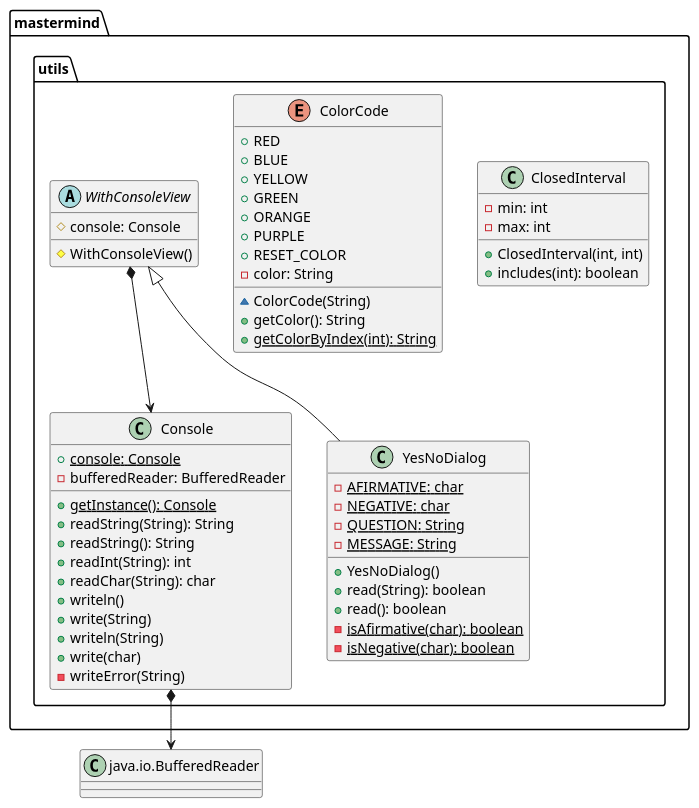
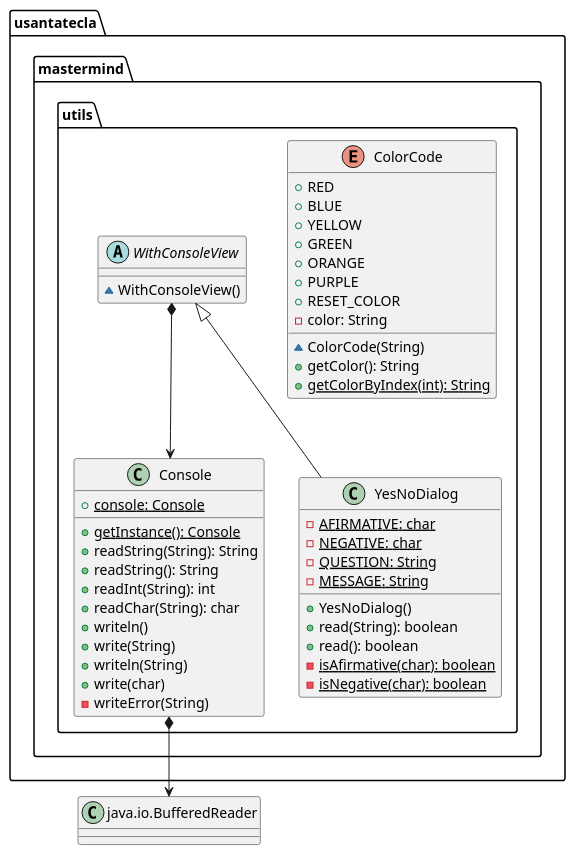
The sixth of 6 diagrams in documentView/withFactoryMethod/docs/diagrams/src/paquetes.plantuml (SantaTecla-mastermind/solution.java.swing.socket.sql), drawn with PlantUML before and after one commit. The commit also changed other lines of this file and 12 other files, not shown here.

Commit message:
DocumentView.WithFactoryMethod diagrams 2.0

```diff
--- a/documentView/withFactoryMethod/docs/diagrams/src/paquetes.plantuml
+++ b/documentView/withFactoryMethod/docs/diagrams/src/paquetes.plantuml
@@ -146,59 +367,50 @@
-@startuml mastermind.utils
+@startuml usantatecla.mastermind.utils
 class BufferedReader as "java.io.BufferedReader"{}
 
-class  mastermind.utils.ClosedInterval{
-- min: int
-- max: int
-+ ClosedInterval(int, int)
-+ includes(int): boolean
-}
-
-enum mastermind.utils.ColorCode{
+enum usantatecla.mastermind.utils.ColorCode{
 + RED
 + BLUE
 + YELLOW
 + GREEN
 + ORANGE
 + PURPLE
 + RESET_COLOR
 - color: String
 ~ ColorCode(String)
 + getColor(): String
 + {static} getColorByIndex(int): String
 }
 
-class  mastermind.utils.Console{
+class  usantatecla.mastermind.utils.Console{
 + {static} console: Console
-- bufferedReader: BufferedReader
 + {static} getInstance(): Console
 + readString(String): String
 + readString(): String
 + readInt(String): int
 + readChar(String): char
 + writeln()
 + write(String)
 + writeln(String)
 + write(char)
 - writeError(String)
 }
-mastermind.utils.Console *-down-> BufferedReader
+usantatecla.mastermind.utils.Console *-down-> BufferedReader
 
-abstract class mastermind.utils.WithConsoleView{
-# console: Console
-# WithConsoleView()
+abstract class usantatecla.mastermind.utils.WithConsoleView{
+~ WithConsoleView()
 }
-mastermind.utils.WithConsoleView *-down-> mastermind.utils.Console
+usantatecla.mastermind.utils.WithConsoleView *-down-> usantatecla.mastermind.utils.Console
 
-class  mastermind.utils.YesNoDialog{
+class  usantatecla.mastermind.utils.YesNoDialog{
 - {static} AFIRMATIVE: char
 - {static} NEGATIVE: char
 - {static} QUESTION: String
 - {static} MESSAGE: String
 + YesNoDialog()
 + read(String): boolean
 + read(): boolean
 - {static} isAfirmative(char): boolean
 - {static} isNegative(char): boolean
 }
-mastermind.utils.WithConsoleView <|-down- mastermind.utils.YesNoDialog
+usantatecla.mastermind.utils.WithConsoleView <|-down- usantatecla.mastermind.utils.YesNoDialog
 @enduml
```
